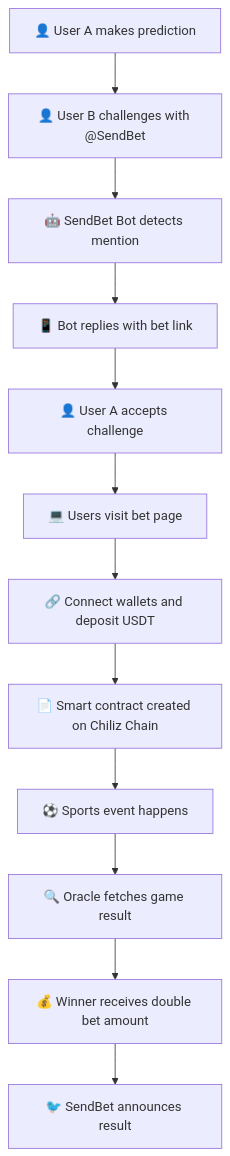
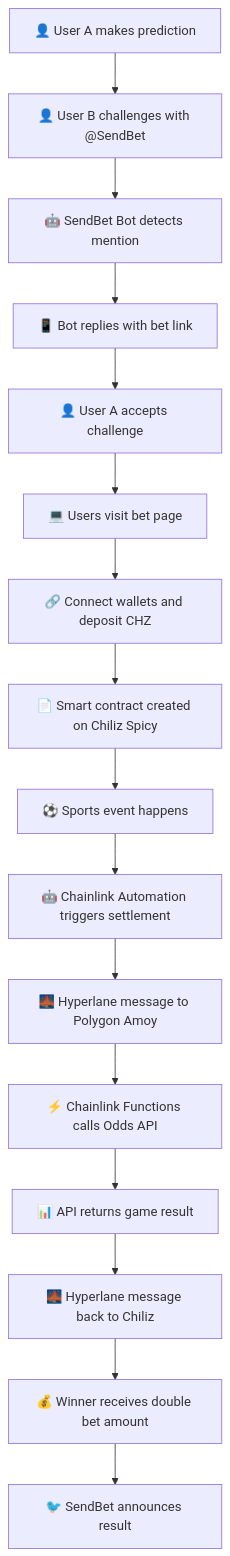
One commit to open-biz/cryptobet changed the diagram in README.md. Above: the diagram before and after it, drawn with Mermaid. The commit also changed other lines of this file and 45 other files, not shown here.

````diff
--- a/README.md
+++ b/README.md
@@ -23,14 +42,18 @@
 ```mermaid
 graph TD
     A[👤 User A makes prediction] --> B[👤 User B challenges with @SendBet]
     B --> C[🤖 SendBet Bot detects mention]
     C --> D[📱 Bot replies with bet link]
     D --> E[👤 User A accepts challenge]
     E --> F[💻 Users visit bet page]
-    F --> G[🔗 Connect wallets and deposit USDT]
-    G --> H[📄 Smart contract created on Chiliz Chain]
+    F --> G[🔗 Connect wallets and deposit CHZ]
+    G --> H[📄 Smart contract created on Chiliz Spicy]
     H --> I[⚽ Sports event happens]
-    I --> J[🔍 Oracle fetches game result]
-    J --> K[💰 Winner receives double bet amount]
-    K --> L[🐦 SendBet announces result]
+    I --> J[🤖 Chainlink Automation triggers settlement]
+    J --> K[🌉 Hyperlane message to Polygon Amoy]
+    K --> L[⚡ Chainlink Functions calls Odds API]
+    L --> M[📊 API returns game result]
+    M --> N[🌉 Hyperlane message back to Chiliz]
+    N --> O[💰 Winner receives double bet amount]
+    O --> P[🐦 SendBet announces result]
 ```
````
